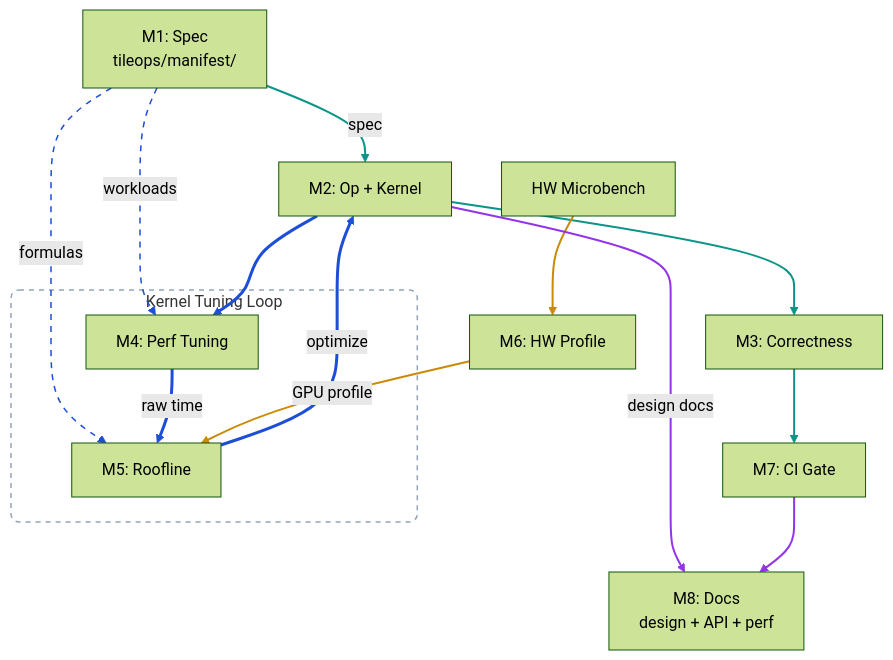
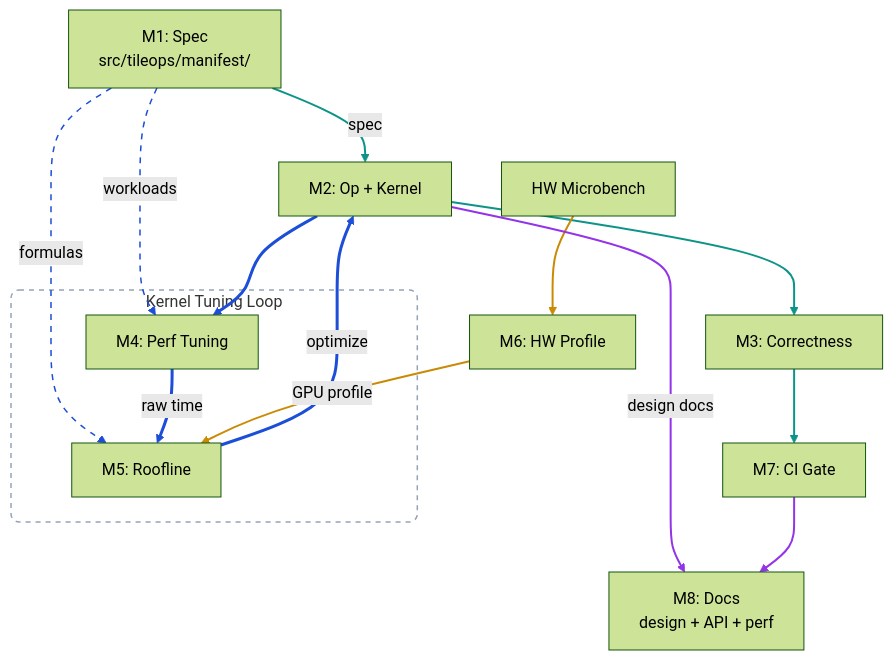
The diagram in downstream/tileops_sunrise/docs/design/architecture.md (tile-ai/tilelang-sunrise), drawn with Mermaid (forest theme) before and after one commit. The commit also changed other lines of this file and 1651 other files, not shown here.

````diff
--- a/downstream/tileops_sunrise/docs/design/architecture.md
+++ b/downstream/tileops_sunrise/docs/design/architecture.md
@@ -13,42 +13,42 @@
 ```mermaid
 graph TD
-    M1["M1: Spec<br/>tileops/manifest/"]
+    M1["M1: Spec<br/>src/tileops/manifest/"]
     M2["M2: Op + Kernel"]
     M3["M3: Correctness"]
     M6["M6: HW Profile"]
     HW["HW Microbench"]
     M7["M7: CI Gate"]
     M8["M8: Docs<br/>design + API + perf"]
 
     subgraph loop ["Kernel Tuning Loop"]
         M4["M4: Perf Tuning"]
         M5["M5: Roofline"]
     end
 
     M1 -- "spec" --> M2
     M1 -- "workloads" --> M4
     M1 -- "formulas" --> M5
     M2 --> M3
 
     M2 --> M4
     M4 -- "raw time" --> M5
     M5 -- "optimize" --> M2
 
     HW --> M6
     M6 -- "GPU profile" --> M5
 
     M3 --> M7
 
     M2 -- "design docs" --> M8
     M7 --> M8
 
     style loop fill:none,stroke:#94a3b8,stroke-width:1.5px,stroke-dasharray:5,rx:8,ry:8
 
     linkStyle 0 stroke:#0d9488,stroke-width:2px
     linkStyle 1,2 stroke:#1d4ed8,stroke-width:1.5px,stroke-dasharray:6
     linkStyle 3 stroke:#0d9488,stroke-width:2px
     linkStyle 4,5,6 stroke:#1d4ed8,stroke-width:3px
     linkStyle 7,8 stroke:#ca8a04,stroke-width:2px
     linkStyle 9 stroke:#0d9488,stroke-width:2px
     linkStyle 10,11 stroke:#9333ea,stroke-width:2px
 ```
````
